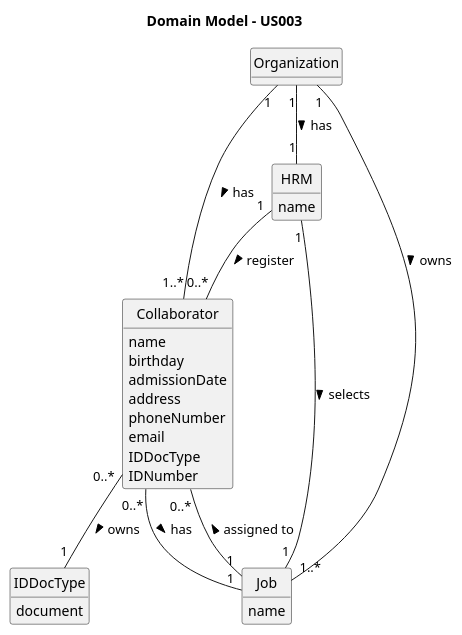
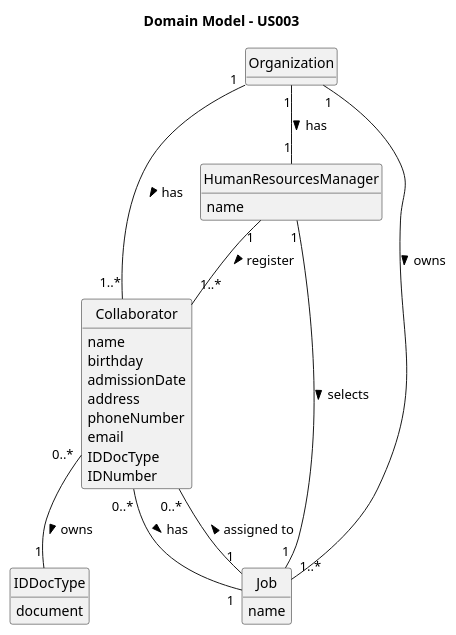
The diagram in docs/sprintA/us003/02.analysis/puml/us003-domain-model.puml (daniel41silva05/ISEP_2023_2024_LAPR2), drawn with PlantUML before and after one commit. The commit also changed 5 other files, not shown here.

```diff
--- a/docs/sprintA/us003/02.analysis/puml/us003-domain-model.puml
+++ b/docs/sprintA/us003/02.analysis/puml/us003-domain-model.puml
@@ -1,48 +1,48 @@
 @startuml
 skinparam monochrome true
 skinparam packageStyle rectangle
 skinparam shadowing false
 
 skinparam classAttributeIconSize 0
 
 hide circle
 hide methods
 
 title Domain Model - US003
 
 class Organization {
 }
 
 class Collaborator {
     name
     birthday
     admissionDate
     address
     phoneNumber
     email
     IDDocType
     IDNumber
 }
 
-class HRM {
+class HumanResourcesManager {
     name
 }
 
 class Job {
     name
 }
 
 class IDDocType {
     document
 }
 
-Organization "1" -- "1" HRM : has >
+Organization "1" -- "1" HumanResourcesManager : has >
 Organization "1" -- "1..*" Collaborator : has >
 Organization "1" -- "1..*" Job : owns >
-HRM "1" -- "1" Job : selects  >
+HumanResourcesManager "1" -- "1" Job : selects  >
 Job "1" -- "0..*" Collaborator : assigned to >
-HRM "1" -- "0..*" Collaborator : register >
+HumanResourcesManager "1" -- "1..*" Collaborator : register >
 Collaborator "0..*" -- "1" IDDocType : owns >
 Collaborator "0..*" -- "1" Job : has >
 
 @enduml
```
